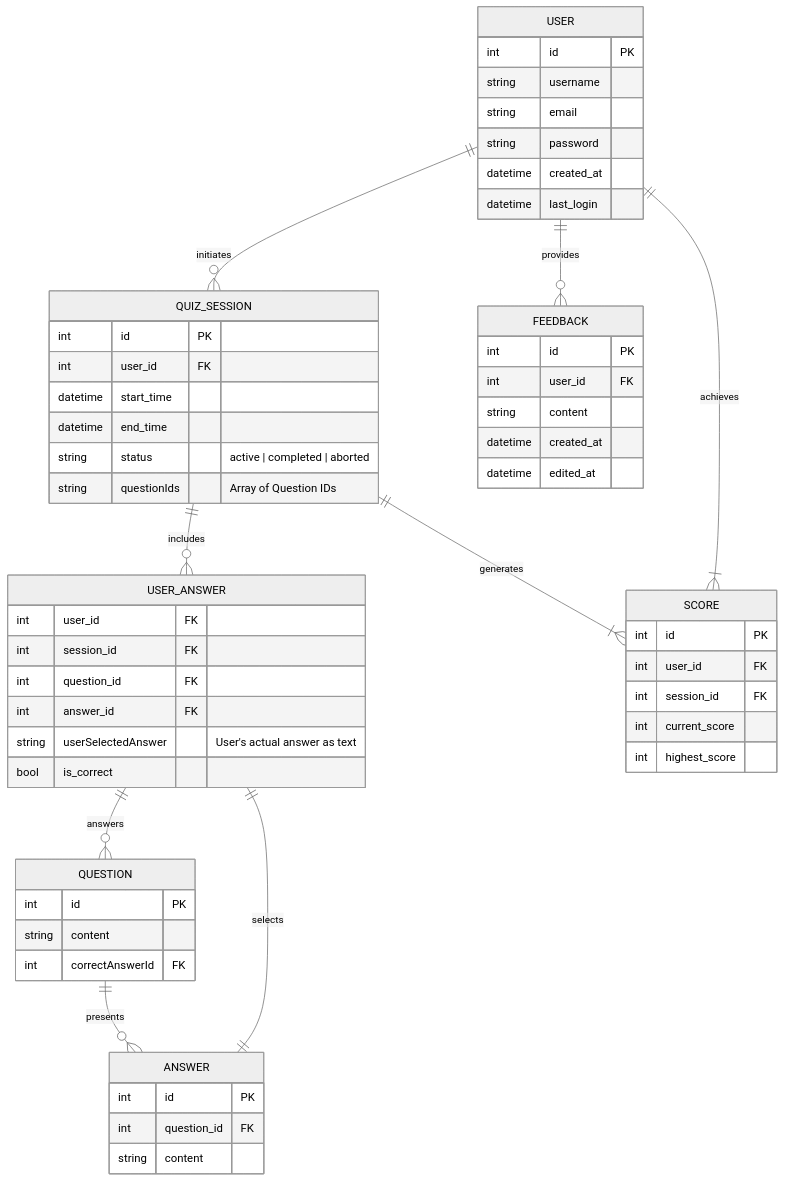
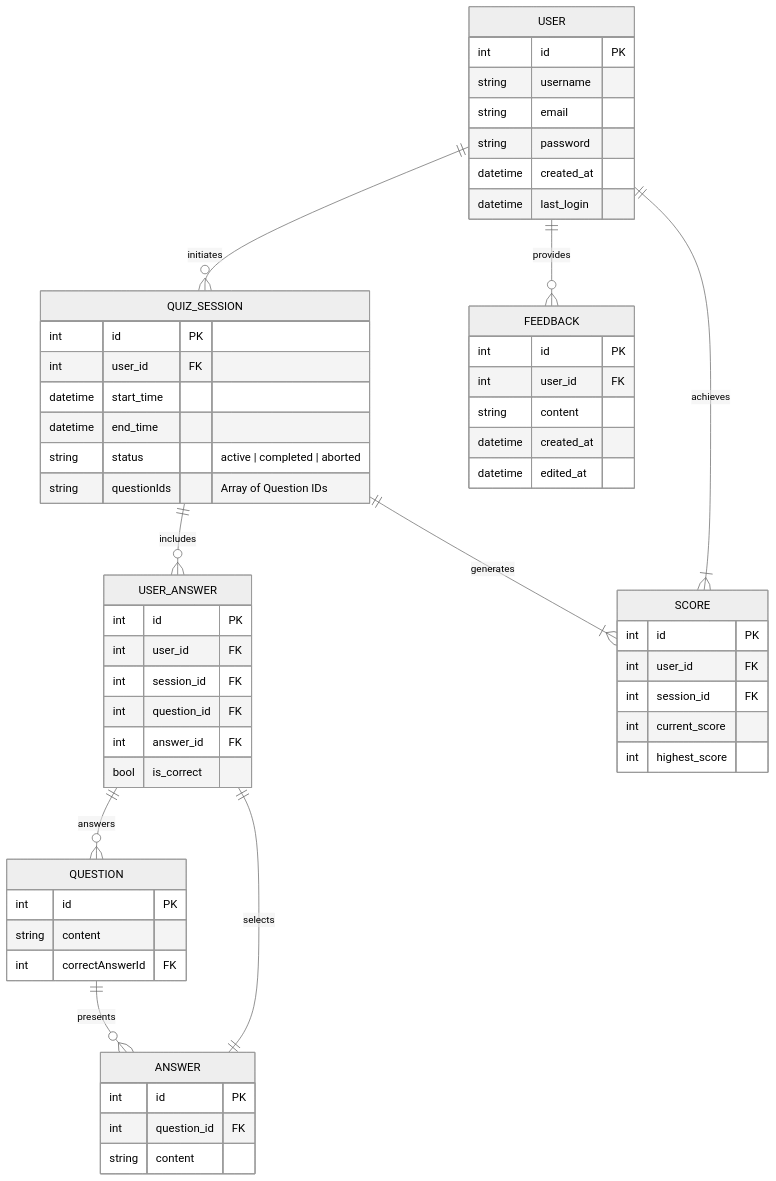
One commit to koisumii/mr-mischief changed the diagram in README.md. Above: the diagram before and after it, drawn with Mermaid (neutral theme). The commit also changed 1 other file, not shown here.

Commit message:
Added database

````diff
--- a/README.md
+++ b/README.md
@@ -52,66 +52,66 @@
 ```mermaid
 erDiagram
     USER ||--o{ QUIZ_SESSION : "initiates"
     QUIZ_SESSION ||--o{ USER_ANSWER : "includes"
     USER_ANSWER ||--o{ QUESTION : "answers"
     QUESTION ||--o{ ANSWER : "presents"
     USER_ANSWER ||--|| ANSWER : "selects"
     QUIZ_SESSION ||--|{ SCORE : "generates"
     USER ||--|{ SCORE : "achieves"
     USER ||--o{ FEEDBACK : "provides"
 
     USER {
         int id PK
         string username
         string email
         string password
         datetime created_at
         datetime last_login
     }
 
     QUIZ_SESSION {
         int id PK
         int user_id FK
         datetime start_time
         datetime end_time
         string status "active | completed | aborted"
         string questionIds "Array of Question IDs"
     }
 
     QUESTION {
         int id PK
         string content
         int correctAnswerId FK
     }
 
     ANSWER {
         int id PK
         int question_id FK
         string content
     }
 
     USER_ANSWER {
+        int id PK
         int user_id FK
         int session_id FK
         int question_id FK
         int answer_id FK
-        string userSelectedAnswer "User's actual answer as text"
         bool is_correct
     }
 
     SCORE {
         int id PK
         int user_id FK
         int session_id FK
         int current_score
         int highest_score
     }
 
     FEEDBACK {
         int id PK
         int user_id FK
         string content
         datetime created_at
         datetime edited_at
     }
 ```
````
